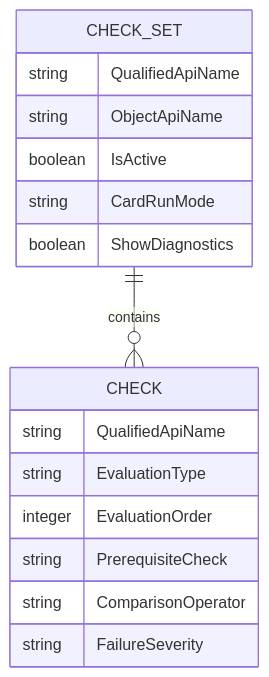
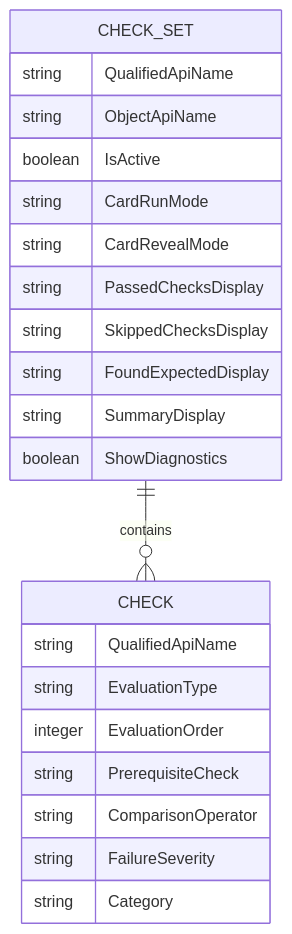
Before and after one commit to gkolan/record-health-check: the diagram in docs/reference/framework/data-model.md, drawn with Mermaid. The commit also changed other lines of this file and 419 other files, not shown here.

````diff
--- a/docs/reference/framework/data-model.md
+++ b/docs/reference/framework/data-model.md
@@ -19,19 +23,25 @@
 ```mermaid
 erDiagram
     CHECK_SET ||--o{ CHECK : "contains"
     CHECK_SET {
         string QualifiedApiName
         string ObjectApiName
         boolean IsActive
         string CardRunMode
+        string CardRevealMode
+        string PassedChecksDisplay
+        string SkippedChecksDisplay
+        string FoundExpectedDisplay
+        string SummaryDisplay
         boolean ShowDiagnostics
     }
     CHECK {
         string QualifiedApiName
         string EvaluationType
         integer EvaluationOrder
         string PrerequisiteCheck
         string ComparisonOperator
         string FailureSeverity
+        string Category
     }
 ```
````
